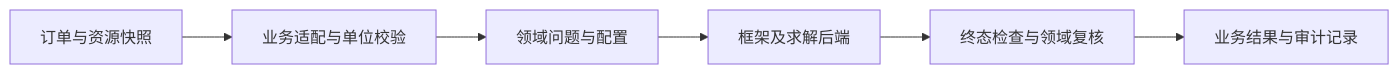
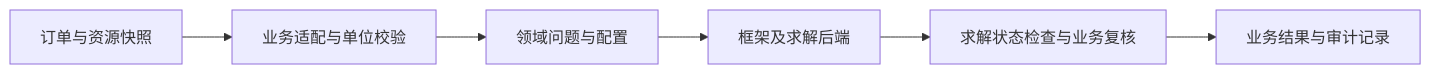
One commit to fuookami/ospf changed the diagram in docs/zh-cn/frameworks/integration.md. Above: the diagram before and after it, drawn with Mermaid. The commit also changed other lines of this file and 80 other files, not shown here.

````diff
--- a/docs/zh-cn/frameworks/integration.md
+++ b/docs/zh-cn/frameworks/integration.md
@@ -7,8 +7,8 @@
 ```mermaid
 flowchart LR
     A[订单与资源快照] --> B[业务适配与单位校验]
     B --> C[领域问题与配置]
     C --> D[框架及求解后端]
-    D --> E[终态检查与领域复核]
+    D --> E[求解状态检查与业务复核]
     E --> F[业务结果与审计记录]
 ```
````
